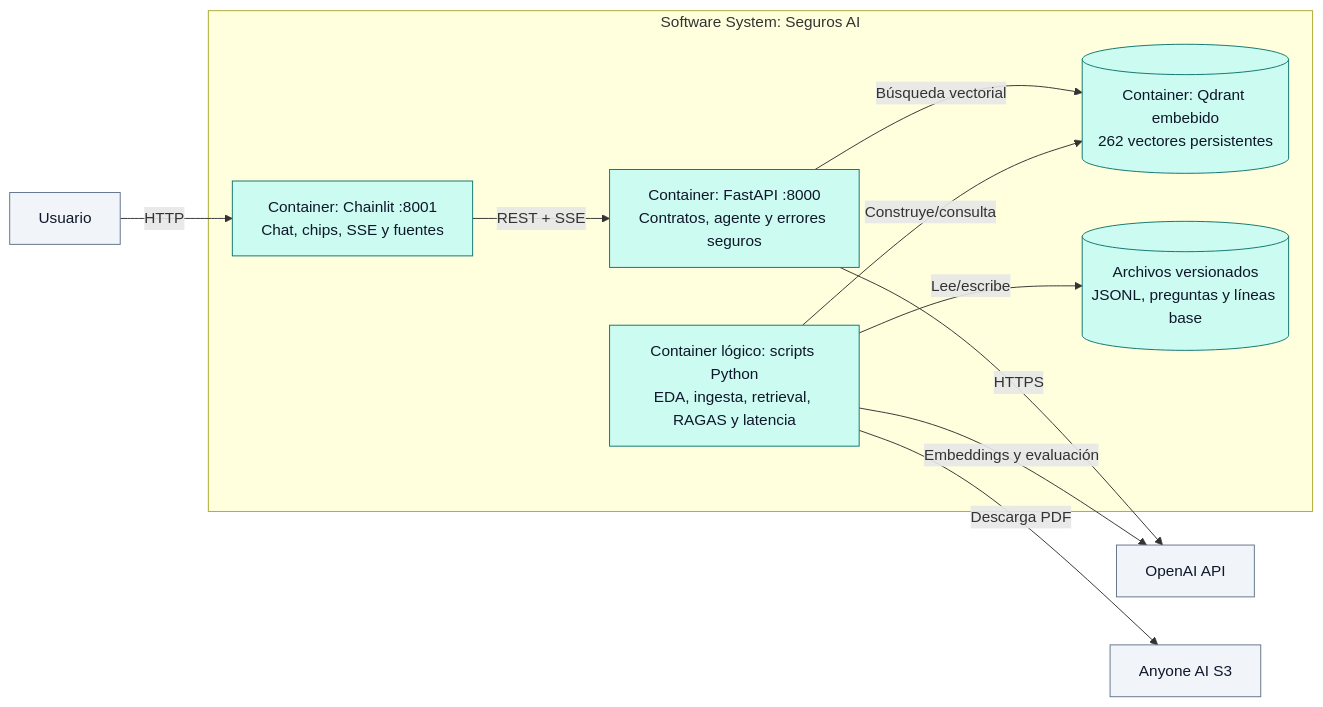
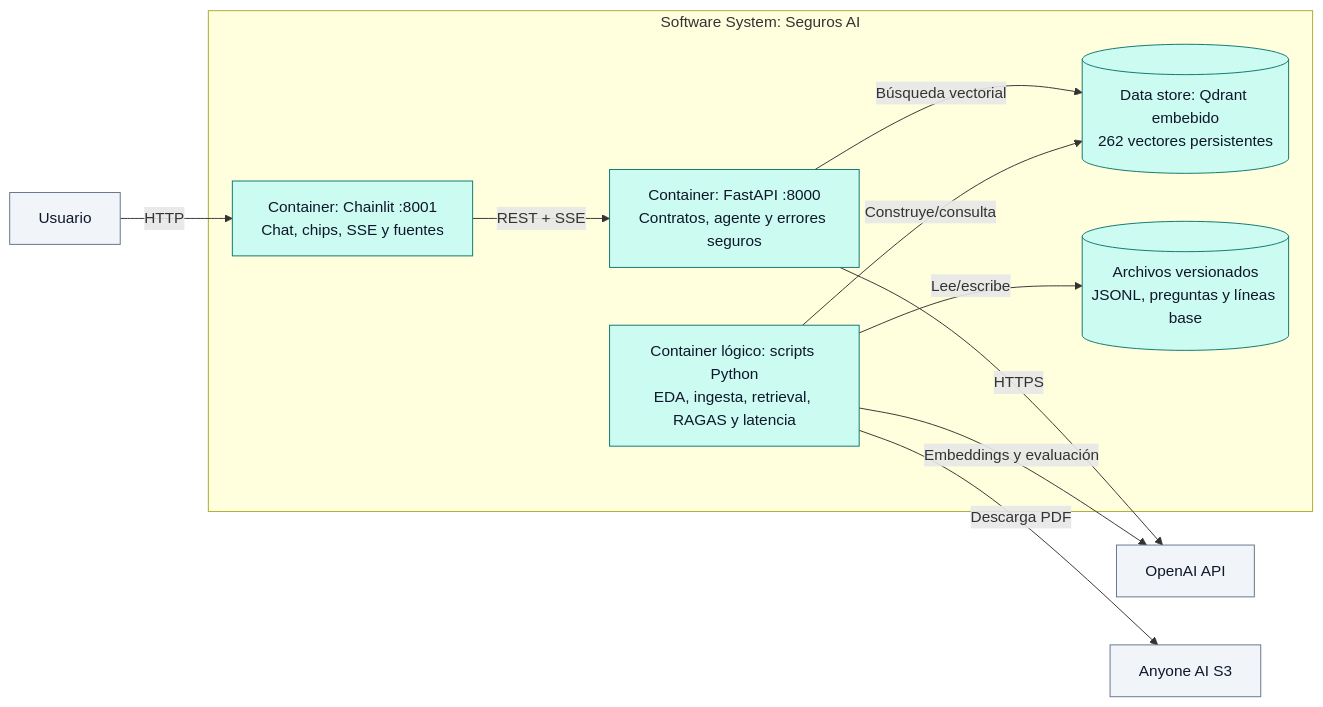
The second of 3 diagrams in README.md (mateosalgado3/Insurance-Policy-Generation-Chatbot-), drawn with Mermaid before and after one commit. The commit also changed other lines of this file and 19 other files, not shown here.

````diff
--- a/README.md
+++ b/README.md
@@ -53,28 +54,28 @@
 ```mermaid
 flowchart LR
     user["Usuario"]
     openai["OpenAI API"]
     s3["Anyone AI S3"]
 
     subgraph seguros["Software System: Seguros AI"]
         ui["Container: Chainlit :8001<br/>Chat, chips, SSE y fuentes"]
         api["Container: FastAPI :8000<br/>Contratos, agente y errores seguros"]
-        qdrant[("Container: Qdrant embebido<br/>262 vectores persistentes")]
+        qdrant[("Data store: Qdrant embebido<br/>262 vectores persistentes")]
         batch["Container lógico: scripts Python<br/>EDA, ingesta, retrieval, RAGAS y latencia"]
         artifacts[("Archivos versionados<br/>JSONL, preguntas y líneas base")]
     end
 
     user -->|"HTTP"| ui
     ui -->|"REST + SSE"| api
     api -->|"Búsqueda vectorial"| qdrant
     api -->|"HTTPS"| openai
     batch -->|"Descarga PDF"| s3
     batch -->|"Embeddings y evaluación"| openai
     batch -->|"Construye/consulta"| qdrant
     batch -->|"Lee/escribe"| artifacts
 
     classDef container fill:#ccfbf1,stroke:#0f766e,color:#0f172a;
     classDef external fill:#f1f5f9,stroke:#64748b,color:#0f172a;
     class ui,api,qdrant,batch,artifacts container;
     class user,openai,s3 external;
 ```
````
